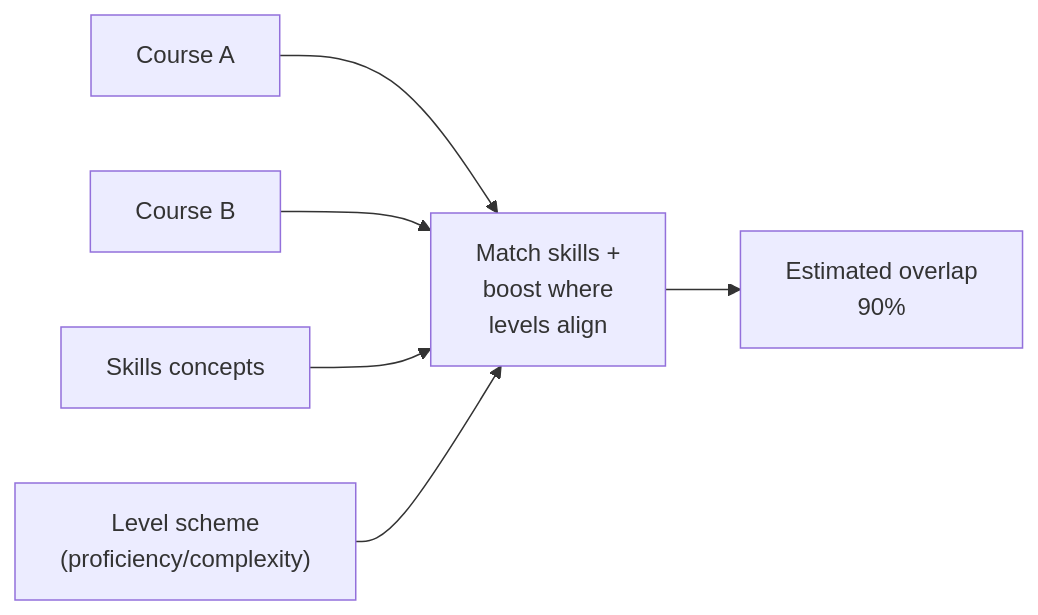
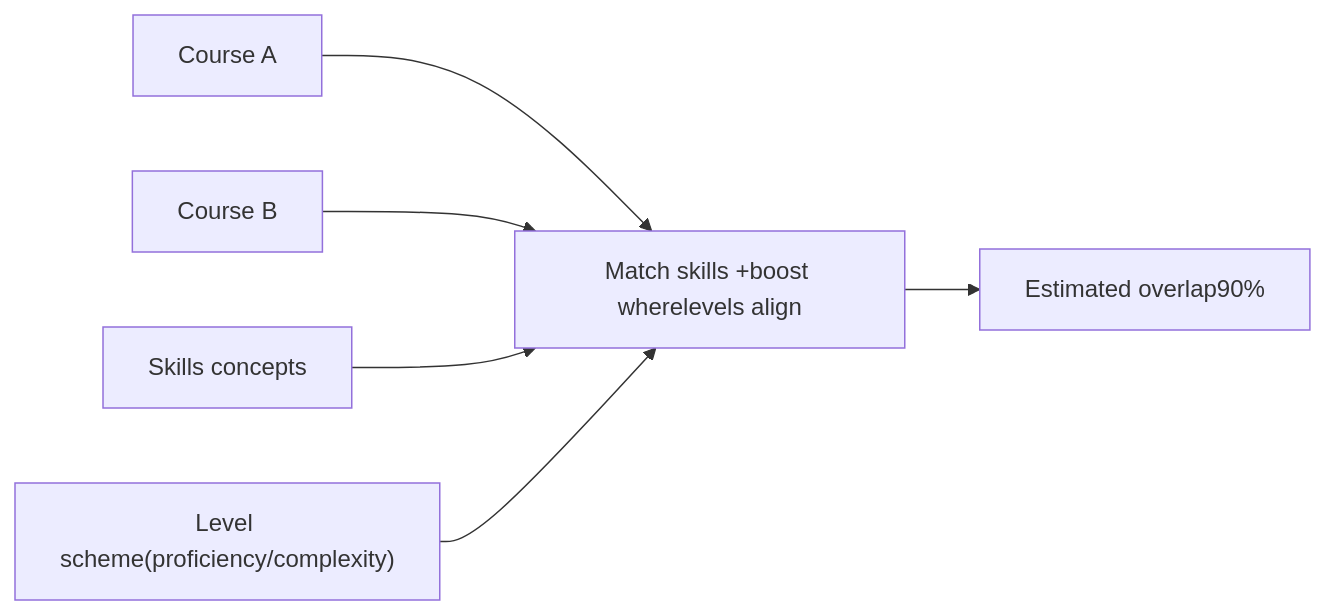
Before and after one commit to leskneebone/skills-SPARQL: the ninth of 18 diagrams in reports/creditTransfer.md, drawn with Mermaid. The commit also changed other lines of this file, not shown here.

````diff
--- a/reports/creditTransfer.md
+++ b/reports/creditTransfer.md
@@ -94,8 +94,8 @@
 ```mermaid
 flowchart LR
-  A["Course A"] --> M["Match skills +\nboost where\nlevels align"]
+  A["Course A"] --> M["Match skills +boost wherelevels align"]
   B["Course B"] --> M
   S["Skills concepts"] --> M
-  L["Level scheme\n(proficiency/complexity)"] --> M
-  M --> O["Estimated overlap\n90%"]
+  L["Level scheme(proficiency/complexity)"] --> M
+  M --> O["Estimated overlap90%"]
 ```
````
